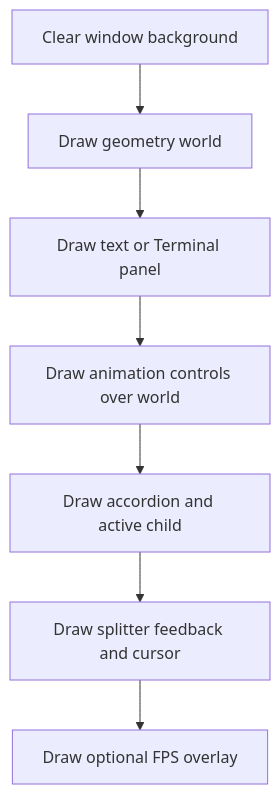
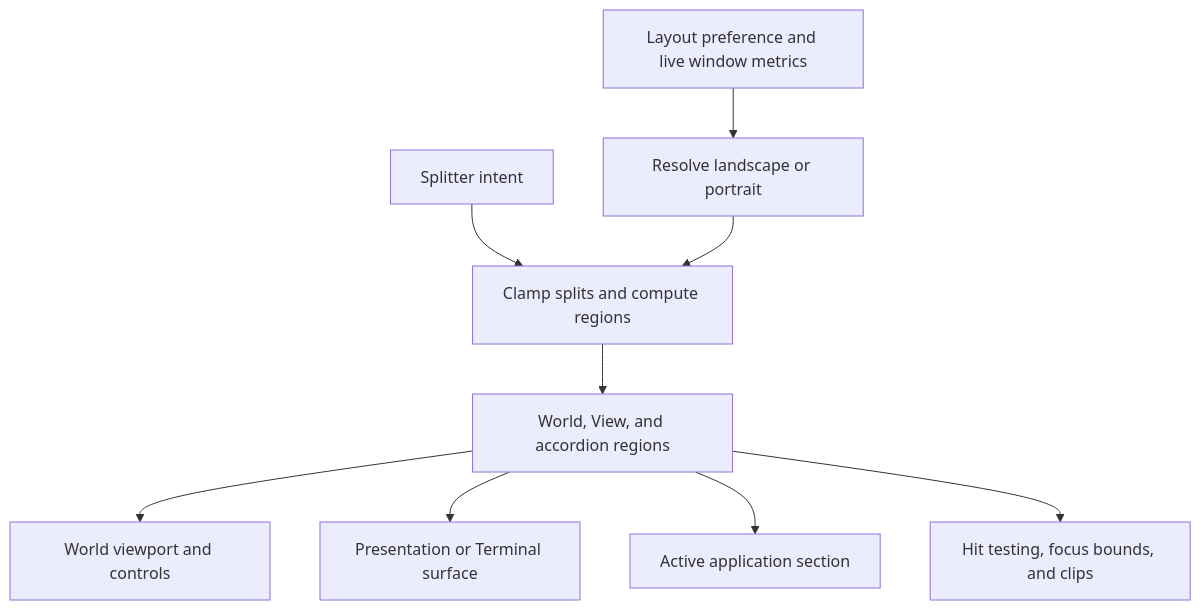
The fourth of 7 diagrams in docs/wiki/Guides/UiSystem.md (derekshoneycutt/Euclid), drawn with Mermaid before and after one commit. The commit also changed other lines of this file and 11 other files, not shown here.

````diff
--- a/docs/wiki/Guides/UiSystem.md
+++ b/docs/wiki/Guides/UiSystem.md
@@ -417,12 +200,11 @@
 ```mermaid
-flowchart TD
-    Clear[Clear window background]
-    World[Draw geometry world]
-    Presentation[Draw text or Terminal panel]
-    Controls[Draw animation controls over world]
-    Accordion[Draw accordion and active child]
-    Splitters[Draw splitter feedback and cursor]
-    Overlay[Draw optional FPS overlay]
-
-    Clear --> World --> Presentation --> Controls --> Accordion --> Splitters --> Overlay
+flowchart TB
+    Preference[Layout preference and live window metrics] --> Resolve[Resolve landscape or portrait]
+    Split[Splitter intent] --> Compute[Clamp splits and compute regions]
+    Resolve --> Compute
+    Compute --> Regions[World, View, and accordion regions]
+    Regions --> World[World viewport and controls]
+    Regions --> View[Presentation or Terminal surface]
+    Regions --> Accordion[Active application section]
+    Regions --> Input[Hit testing, focus bounds, and clips]
 ```
````
